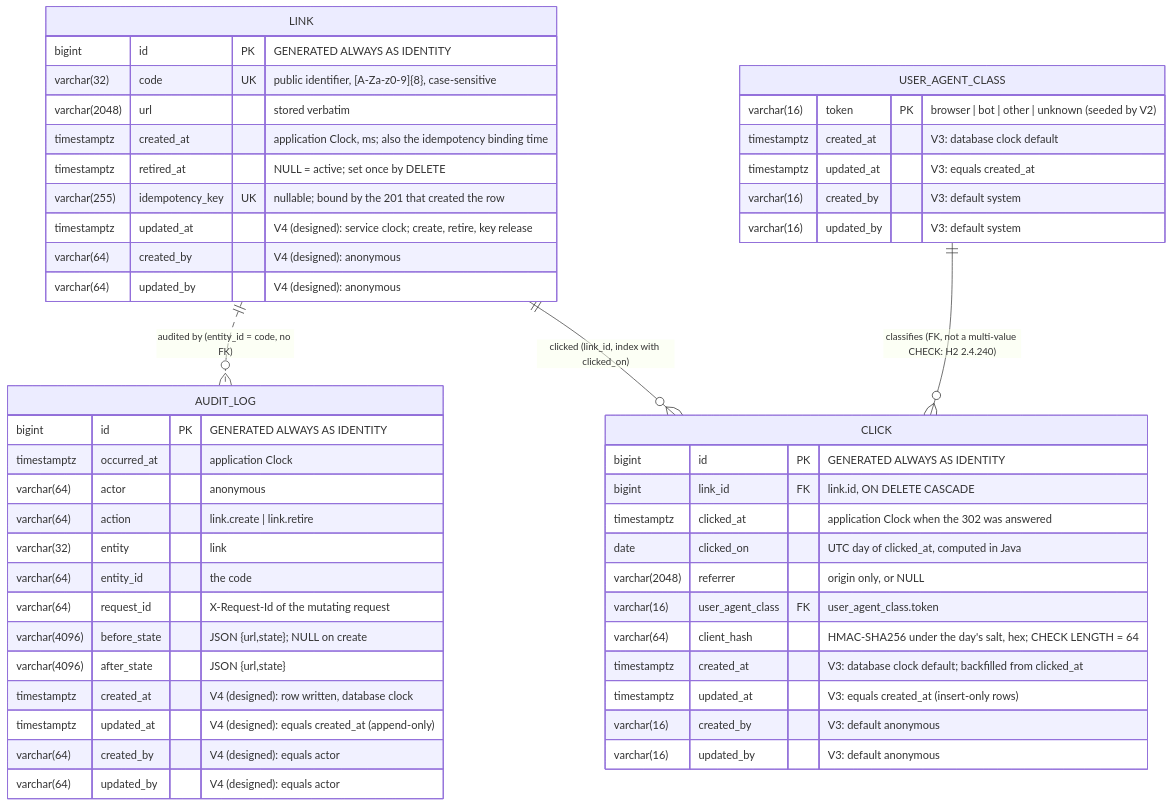
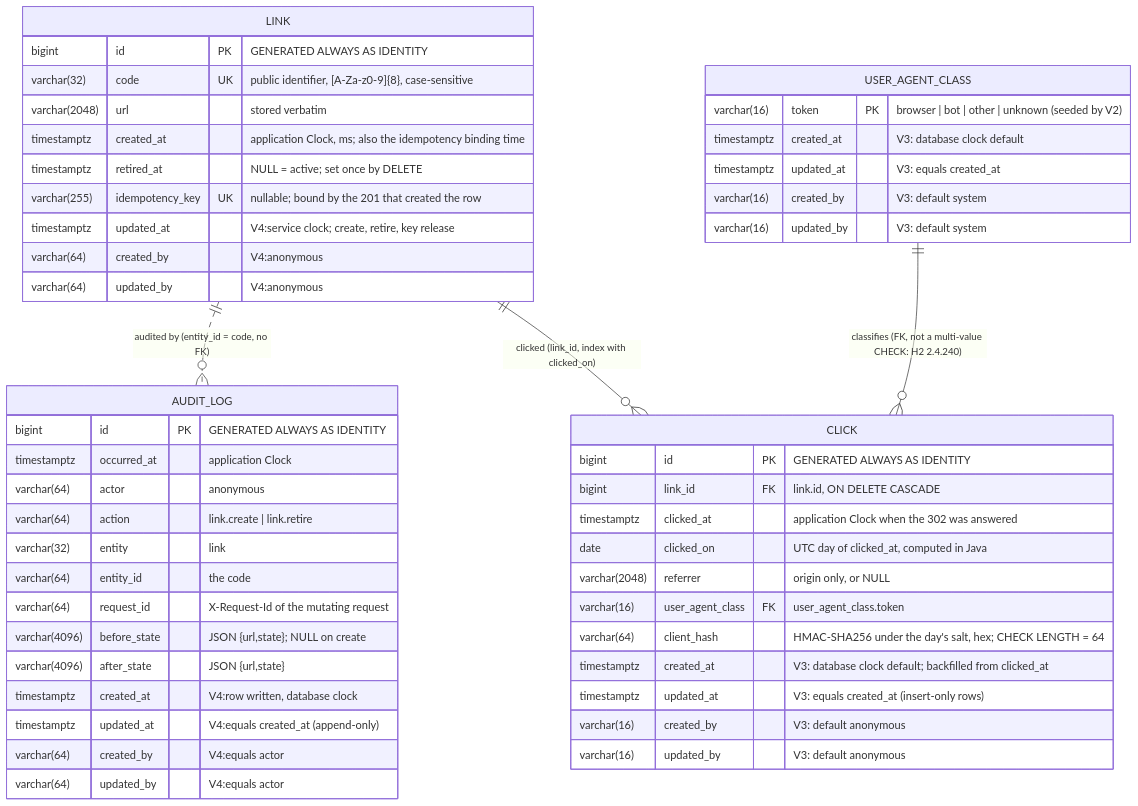
The diagram in docs/diagrams/erd.mmd (aurbanow1/url-shortener-agentic-sdlc), drawn with Mermaid before and after one commit. The commit also changed 3 other files, not shown here.

First line of the commit message:
docs(04-audit-columns): design documents current at d55a502 after the V4 merge

```diff
--- a/docs/diagrams/erd.mmd
+++ b/docs/diagrams/erd.mmd
@@ -1,53 +1,53 @@
-%% urlshort — entity relationship diagram (kept current by the Design Agent; last: current at main ed2b940, V3 merged; V4 from the 04-audit-columns design, not yet merged)
+%% urlshort — entity relationship diagram (kept current by the Design Agent; last: current at main d55a502, V3 and V4 merged)
 %% No foreign key between link and audit_log by design: audit_log identifies its subject by (entity, entity_id = code)
 %% and must outlive any future deletion of the subject (ADR-0008). click references link by id and goes with it (ADR-0013).
 erDiagram
     LINK {
         bigint id PK "GENERATED ALWAYS AS IDENTITY"
         varchar(32) code UK "public identifier, [A-Za-z0-9]{8}, case-sensitive"
         varchar(2048) url "stored verbatim"
         timestamptz created_at "application Clock, ms; also the idempotency binding time"
         timestamptz retired_at "NULL = active; set once by DELETE"
         varchar(255) idempotency_key UK "nullable; bound by the 201 that created the row"
-        timestamptz updated_at "V4 (designed): service clock; create, retire, key release"
-        varchar(64) created_by "V4 (designed): anonymous"
-        varchar(64) updated_by "V4 (designed): anonymous"
+        timestamptz updated_at "V4:service clock; create, retire, key release"
+        varchar(64) created_by "V4:anonymous"
+        varchar(64) updated_by "V4:anonymous"
     }
     AUDIT_LOG {
         bigint id PK "GENERATED ALWAYS AS IDENTITY"
         timestamptz occurred_at "application Clock"
         varchar(64) actor "anonymous"
         varchar(64) action "link.create | link.retire"
         varchar(32) entity "link"
         varchar(64) entity_id "the code"
         varchar(64) request_id "X-Request-Id of the mutating request"
         varchar(4096) before_state "JSON {url,state}; NULL on create"
         varchar(4096) after_state "JSON {url,state}"
-        timestamptz created_at "V4 (designed): row written, database clock"
-        timestamptz updated_at "V4 (designed): equals created_at (append-only)"
-        varchar(64) created_by "V4 (designed): equals actor"
-        varchar(64) updated_by "V4 (designed): equals actor"
+        timestamptz created_at "V4:row written, database clock"
+        timestamptz updated_at "V4:equals created_at (append-only)"
+        varchar(64) created_by "V4:equals actor"
+        varchar(64) updated_by "V4:equals actor"
     }
     CLICK {
         bigint id PK "GENERATED ALWAYS AS IDENTITY"
         bigint link_id FK "link.id, ON DELETE CASCADE"
         timestamptz clicked_at "application Clock when the 302 was answered"
         date clicked_on "UTC day of clicked_at, computed in Java"
         varchar(2048) referrer "origin only, or NULL"
         varchar(16) user_agent_class FK "user_agent_class.token"
         varchar(64) client_hash "HMAC-SHA256 under the day's salt, hex; CHECK LENGTH = 64"
         timestamptz created_at "V3: database clock default; backfilled from clicked_at"
         timestamptz updated_at "V3: equals created_at (insert-only rows)"
         varchar(16) created_by "V3: default anonymous"
         varchar(16) updated_by "V3: default anonymous"
     }
     USER_AGENT_CLASS {
         varchar(16) token PK "browser | bot | other | unknown (seeded by V2)"
         timestamptz created_at "V3: database clock default"
         timestamptz updated_at "V3: equals created_at"
         varchar(16) created_by "V3: default system"
         varchar(16) updated_by "V3: default system"
     }
     LINK ||..o{ AUDIT_LOG : "audited by (entity_id = code, no FK)"
     LINK ||--o{ CLICK : "clicked (link_id, index with clicked_on)"
     USER_AGENT_CLASS ||--o{ CLICK : "classifies (FK, not a multi-value CHECK: H2 2.4.240)"
```
